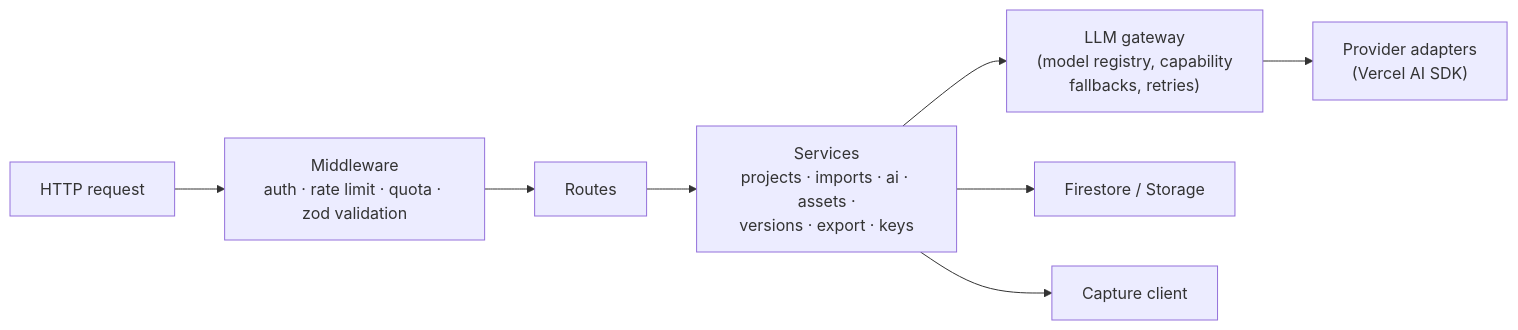
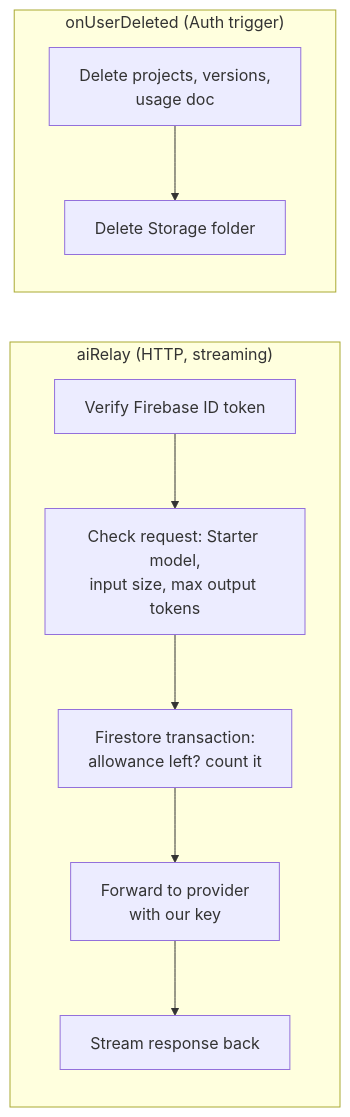
The third of 17 diagrams in docs/ARCHITECTURE.md (iamsanuponnulli-hue/PORTFOLIO-BUILDER), drawn with Mermaid before and after one commit. The commit also changed other lines of this file and 1 other file, not shown here.

First line of the commit message:
Plan: thin server, browser-heavy processing, extension, device-only keys, OpenRouter sign-in

````diff
--- a/docs/ARCHITECTURE.md
+++ b/docs/ARCHITECTURE.md
@@ -152,10 +159,12 @@
 ```mermaid
 flowchart LR
-  REQ["HTTP request"] --> MW["Middleware<br/>auth · rate limit · quota · zod validation"]
-  MW --> RT["Routes"]
-  RT --> SV["Services<br/>projects · imports · ai · assets ·<br/>versions · export · keys"]
-  SV --> GW["LLM gateway<br/>(model registry, capability<br/>fallbacks, retries)"]
-  GW --> AD["Provider adapters<br/>(Vercel AI SDK)"]
-  SV --> DB["Firestore / Storage"]
-  SV --> CP["Capture client"]
+  subgraph relay["aiRelay (HTTP, streaming)"]
+    A1["Verify Firebase ID token"] --> A2["Check request: Starter model,<br/>input size, max output tokens"]
+    A2 --> A3["Firestore transaction:<br/>allowance left? count it"]
+    A3 --> A4["Forward to provider<br/>with our key"]
+    A4 --> A5["Stream response back"]
+  end
+  subgraph del["onUserDeleted (Auth trigger)"]
+    D1["Delete projects, versions,<br/>usage doc"] --> D2["Delete Storage folder"]
+  end
 ```
````
